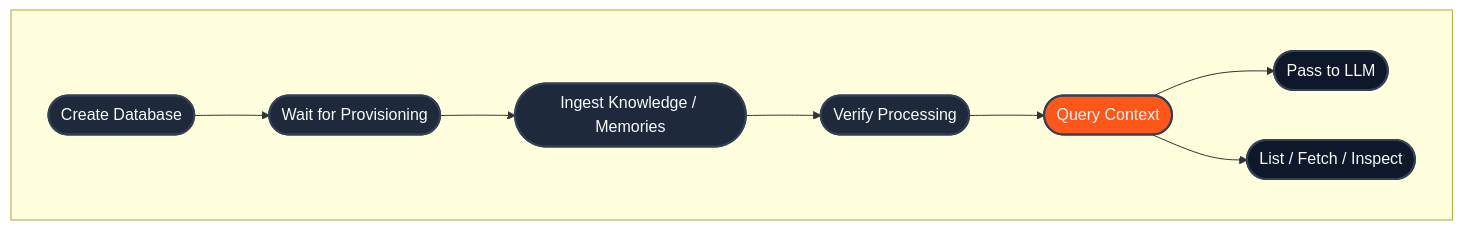
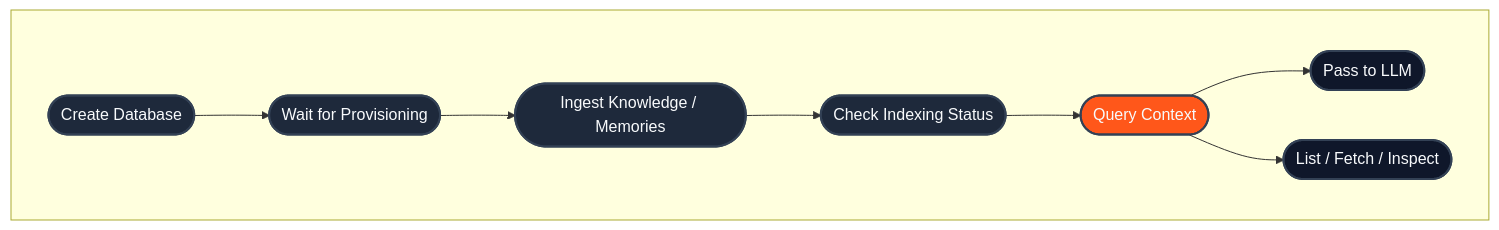
Before and after one commit to rupamghosh2006/mintlify-docs: the diagram in api-reference/v2/index.mdx, drawn with Mermaid. The commit also changed other lines of this file and 30 other files, not shown here.

````diff
--- a/api-reference/v2/index.mdx
+++ b/api-reference/v2/index.mdx
@@ -37,21 +38,21 @@
 ```mermaid
 flowchart LR
 
     subgraph Database Lifecycle [" "]
       direction LR
       A([Create Database])-->B([Wait for Provisioning])
       B-->C([Ingest Knowledge / Memories])
-      C-->D([Verify Processing])
+      C-->D([Check Indexing Status])
       D-->E([Query Context])
       E-->F([Pass to LLM])
       E-->G([List / Fetch / Inspect])
     end
 
     style A fill:#1e293b,stroke:#334155,stroke-width:2px,color:#f8fafc
     style B fill:#1e293b,stroke:#334155,stroke-width:2px,color:#f8fafc
     style C fill:#1e293b,stroke:#334155,stroke-width:2px,color:#f8fafc
     style D fill:#1e293b,stroke:#334155,stroke-width:2px,color:#f8fafc
     style E fill:#FF571A,stroke:#334155,stroke-width:2px,color:#f8fafc
     style F fill:#0f172a,stroke:#334155,stroke-width:2px,color:#f8fafc
     style G fill:#0f172a,stroke:#334155,stroke-width:2px,color:#f8fafc
 ```
````
